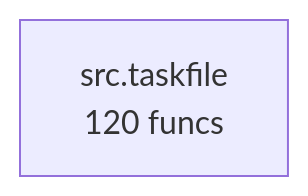
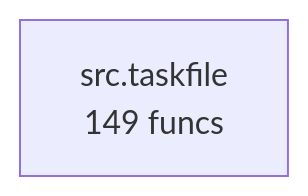
The diagram in project/compact_flow.mmd (pyfunc/taskfile), drawn with Mermaid before and after one commit. The commit also changed 18 other files, not shown here.

```diff
--- a/project/compact_flow.mmd
+++ b/project/compact_flow.mmd
@@ -1,2 +1,2 @@
 flowchart TD
-    src_taskfile["src.taskfile<br/>120 funcs"]
+    src_taskfile["src.taskfile<br/>149 funcs"]
```
